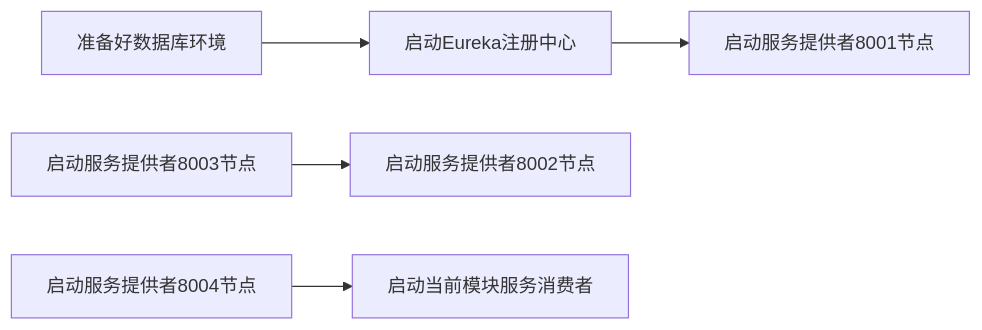
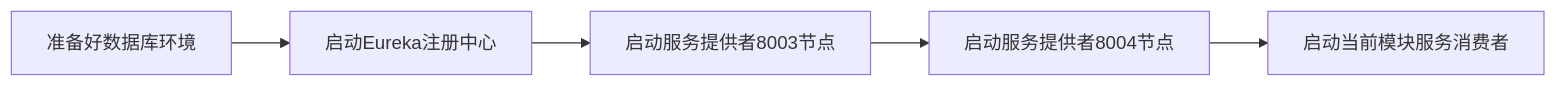
One commit to lingwh1995/books changed the eighth of 9 diagrams in backend/springcloud/springcloud-eureka/springcloud-eureka.md. Above: the diagram before and after it, drawn with Mermaid. The commit also changed other lines of this file, not shown here.

````diff
--- a/backend/springcloud/springcloud-eureka/springcloud-eureka.md
+++ b/backend/springcloud/springcloud-eureka/springcloud-eureka.md
@@ -1067,7 +1131,7 @@
 ```mermaid
 flowchart LR
     准备好数据库环境-->启动Eureka注册中心
-    启动Eureka注册中心-->启动服务提供者8001节点
-    启动服务提供者8003节点-->启动服务提供者8002节点
+    启动Eureka注册中心-->启动服务提供者8003节点
+    启动服务提供者8003节点-->启动服务提供者8004节点
     启动服务提供者8004节点-->启动当前模块服务消费者
 ```
````
